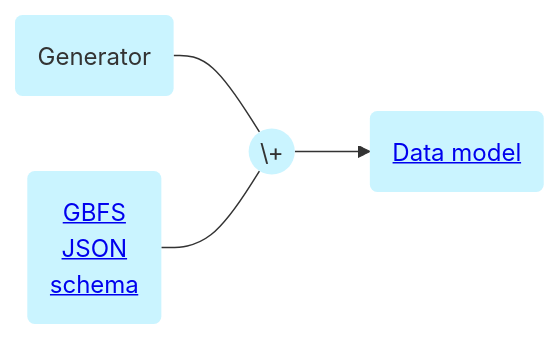
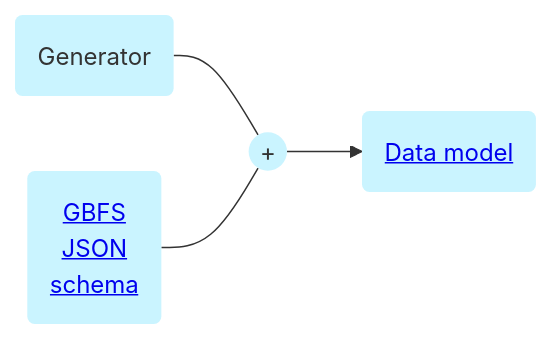
The fourth of 4 diagrams in docs/en/get-started.md (MobilityData/gbfs.org), drawn with Mermaid before and after one commit. The commit also changed 2 other files, not shown here.

Commit message:
Remove escape sign in data model mermaid (#146)

````diff
--- a/docs/en/get-started.md
+++ b/docs/en/get-started.md
@@ -229,15 +229,15 @@
 ``` mermaid
 graph LR
   classDef blue fill:#CAF4FF,stroke-width:0px;
   
   A(Generator);
   D(<a href="../tools/#language-bindings-for-gbfs">Data model</a>);
   B(<a href="https://github.com/MobilityData/gbfs-json-schema">GBFS 
   JSON 
   schema</a>);
   A --- C;
   B --- C;
-  C((\+)) --> D;
+  C((+)) --> D;
 
   class A,B,C,D blue
 ```
````
